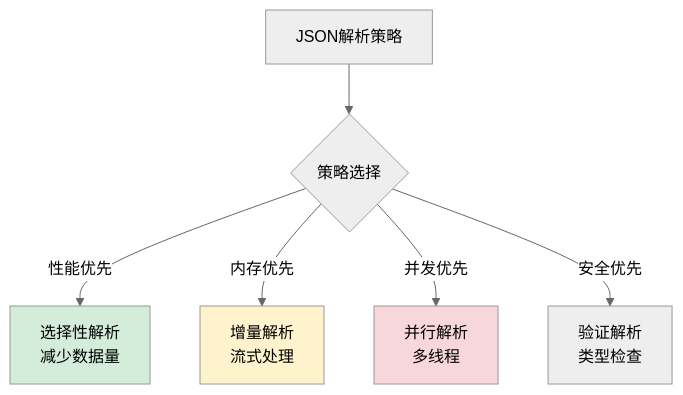
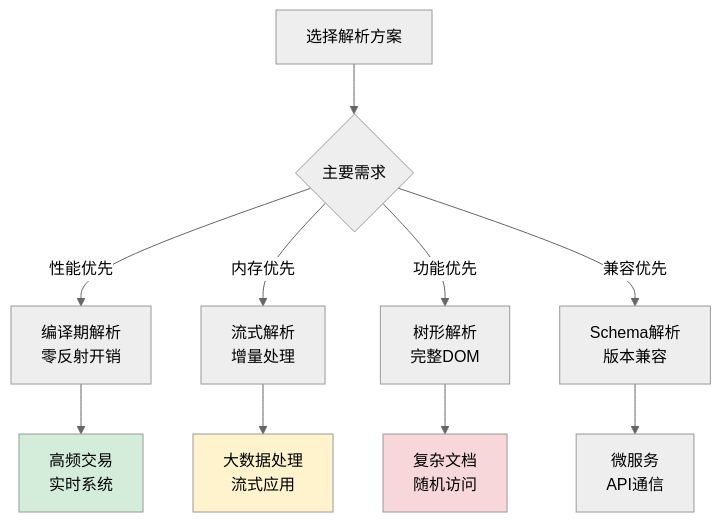
Diagram 15 of 31 in 00.通用技术的提升/02.程序编程原理/06.数据解析设计思想.md (chongyang211/YCBookBlog), drawn with Mermaid (neutral theme) before and after one commit. The commit also changed other lines of this file and 5 other files, not shown here.

````diff
--- a/00.通用技术的提升/02.程序编程原理/06.数据解析设计思想.md
+++ b/00.通用技术的提升/02.程序编程原理/06.数据解析设计思想.md
@@ -569,12 +1977,17 @@
 ```mermaid
-graph TB
-    A[JSON解析策略] --> B{策略选择}
-    B -->|性能优先| C[选择性解析<br/>减少数据量]
-    B -->|内存优先| D[增量解析<br/>流式处理]
-    B -->|并发优先| E[并行解析<br/>多线程]
-    B -->|安全优先| F[验证解析<br/>类型检查]
+flowchart TD
+    A[选择解析方案] --> B{主要需求}
+    B -->|性能优先| C[编译期解析<br/>零反射开销]
+    B -->|内存优先| D[流式解析<br/>增量处理]
+    B -->|功能优先| E[树形解析<br/>完整DOM]
+    B -->|兼容优先| F[Schema解析<br/>版本兼容]
     
-    style C fill:#d4edda
-    style D fill:#fff3cd
-    style E fill:#f8d7da
+    C --> G[高频交易<br/>实时系统]
+    D --> H[大数据处理<br/>流式应用]
+    E --> I[复杂文档<br/>随机访问]
+    F --> J[微服务<br/>API通信]
+    
+    style G fill:#d4edda
+    style H fill:#fff3cd
+    style I fill:#f8d7da
 ```
````
